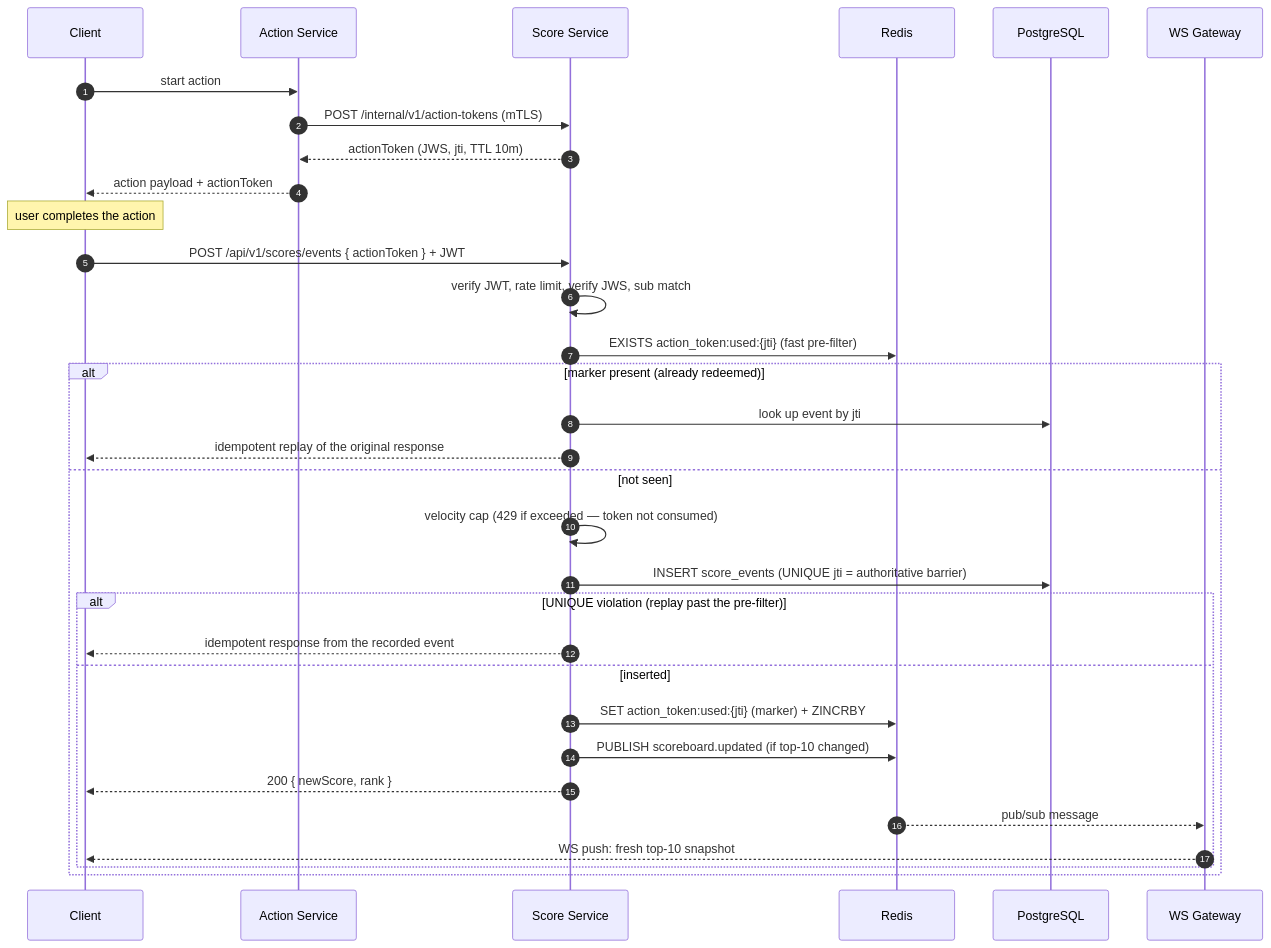
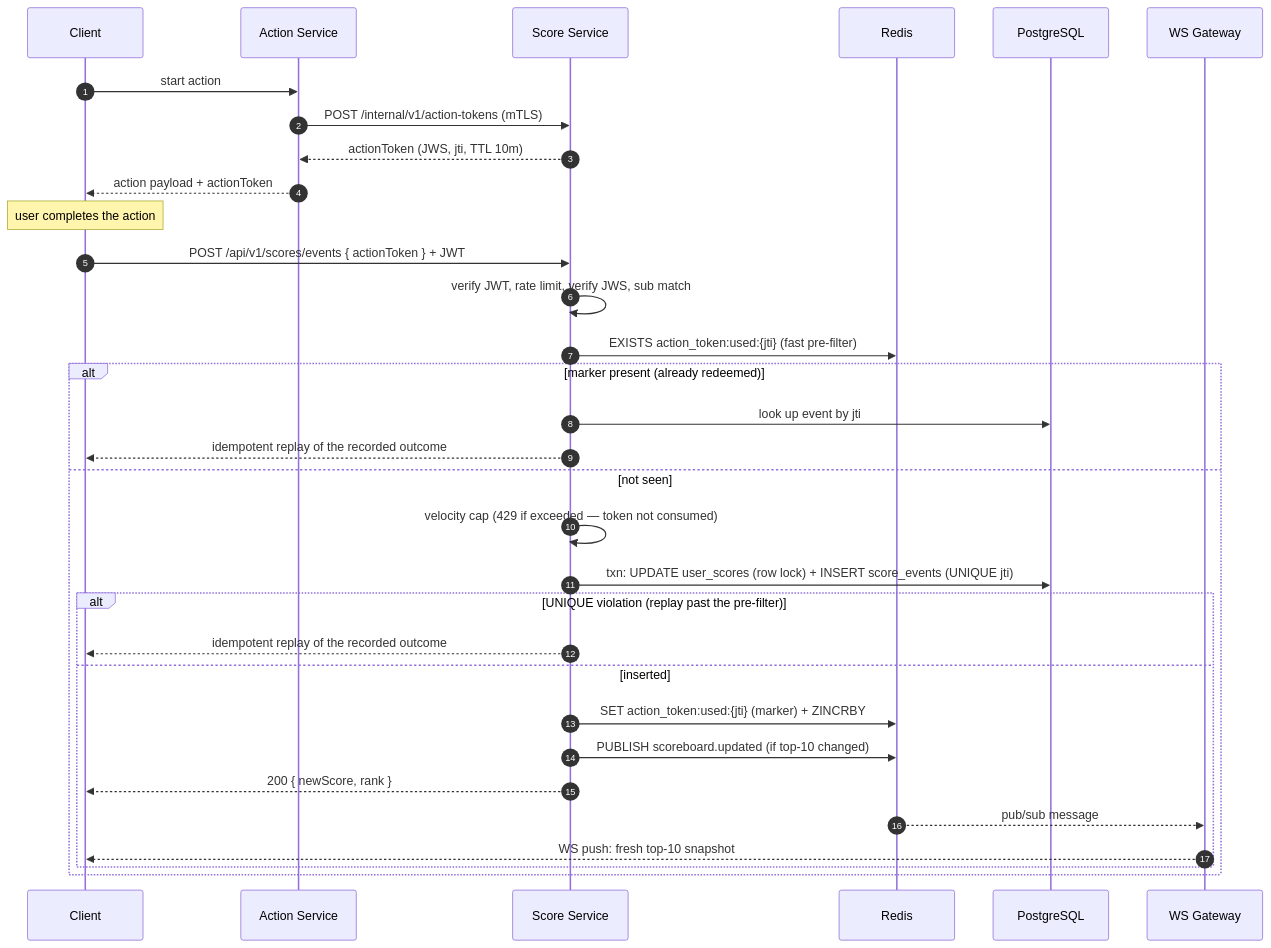
The second of 2 diagrams in problem-6/README.md (hatontuyen/99tech-code-challenge-be), drawn with Mermaid before and after one commit. The commit also changed other lines of this file, not shown here.

First line of the commit message:
docs(problem-6): make the idempotent replay reconstructible from the ledger

````diff
--- a/problem-6/README.md
+++ b/problem-6/README.md
@@ -181,35 +193,35 @@
 ```mermaid
 sequenceDiagram
     autonumber
     participant U as Client
     participant G as Action Service
     participant S as Score Service
     participant R as Redis
     participant P as PostgreSQL
     participant W as WS Gateway
 
     U->>G: start action
     G->>S: POST /internal/v1/action-tokens (mTLS)
     S-->>G: actionToken (JWS, jti, TTL 10m)
     G-->>U: action payload + actionToken
     Note over U: user completes the action
     U->>S: POST /api/v1/scores/events { actionToken } + JWT
     S->>S: verify JWT, rate limit, verify JWS, sub match
     S->>R: EXISTS action_token:used:{jti} (fast pre-filter)
     alt marker present (already redeemed)
         S->>P: look up event by jti
-        S-->>U: idempotent replay of the original response
+        S-->>U: idempotent replay of the recorded outcome
     else not seen
         S->>S: velocity cap (429 if exceeded — token not consumed)
-        S->>P: INSERT score_events (UNIQUE jti = authoritative barrier)
+        S->>P: txn: UPDATE user_scores (row lock) + INSERT score_events (UNIQUE jti)
         alt UNIQUE violation (replay past the pre-filter)
-            S-->>U: idempotent response from the recorded event
+            S-->>U: idempotent replay of the recorded outcome
         else inserted
             S->>R: SET action_token:used:{jti} (marker) + ZINCRBY
             S->>R: PUBLISH scoreboard.updated (if top-10 changed)
             S-->>U: 200 { newScore, rank }
             R-->>W: pub/sub message
             W-->>U: WS push: fresh top-10 snapshot
         end
     end
 ```
````
